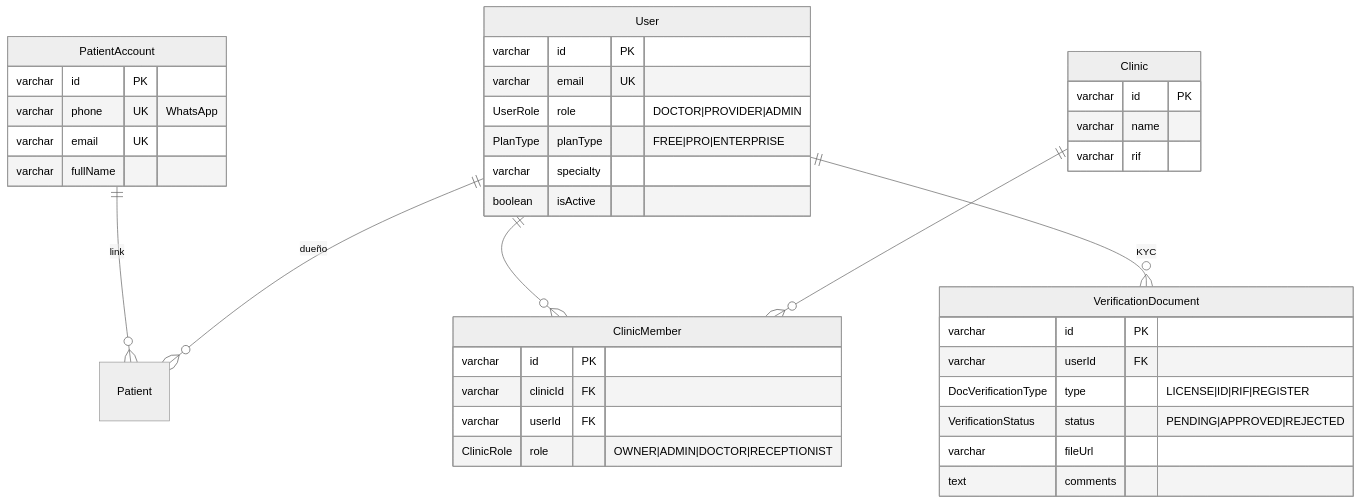
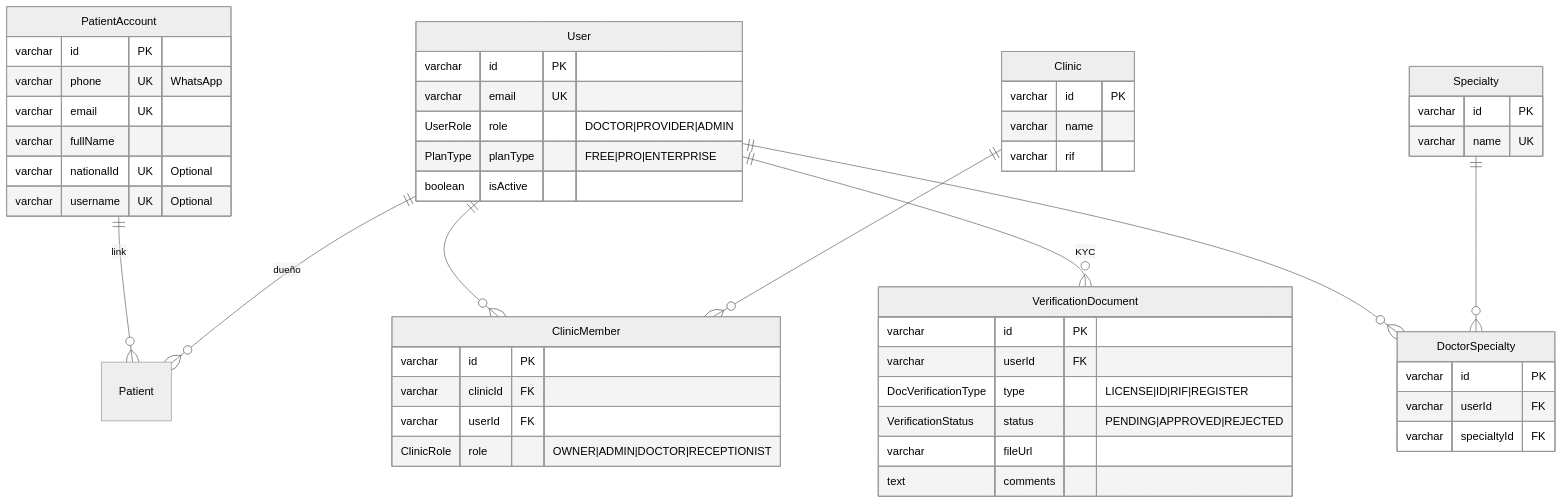
One commit to pr0d1gy00/luca-front changed the second of 11 diagrams in DATABASE_DIAGRAMS.md. Above: the diagram before and after it, drawn with Mermaid (neutral theme). The commit also changed other lines of this file and 10 other files, not shown here.

Commit message:
docs(db): add database patch schemas and documentation

````diff
--- a/DATABASE_DIAGRAMS.md
+++ b/DATABASE_DIAGRAMS.md
@@ -161,46 +176,60 @@
 ```mermaid
 erDiagram
     PatientAccount {
         varchar id PK
         varchar phone UK "WhatsApp"
         varchar email UK
         varchar fullName
+        varchar nationalId UK "Optional"
+        varchar username UK "Optional"
     }
 
     User {
         varchar id PK
         varchar email UK
         UserRole role "DOCTOR|PROVIDER|ADMIN"
         PlanType planType "FREE|PRO|ENTERPRISE"
-        varchar specialty
         boolean isActive
+    }
+
+    Specialty {
+        varchar id PK
+        varchar name UK
+    }
+
+    DoctorSpecialty {
+        varchar id PK
+        varchar userId FK
+        varchar specialtyId FK
     }
 
     Clinic {
         varchar id PK
         varchar name
         varchar rif
     }
 
     ClinicMember {
         varchar id PK
         varchar clinicId FK
         varchar userId FK
         ClinicRole role "OWNER|ADMIN|DOCTOR|RECEPTIONIST"
     }
 
     VerificationDocument {
         varchar id PK
         varchar userId FK
         DocVerificationType type "LICENSE|ID|RIF|REGISTER"
         VerificationStatus status "PENDING|APPROVED|REJECTED"
         varchar fileUrl
         text comments
     }
 
     PatientAccount ||--o{ Patient : "link"
     User ||--o{ Patient : "dueño"
     User ||--o{ ClinicMember : ""
     Clinic ||--o{ ClinicMember : ""
     User ||--o{ VerificationDocument : "KYC"
+    User ||--o{ DoctorSpecialty : ""
+    Specialty ||--o{ DoctorSpecialty : ""
 ```
````
